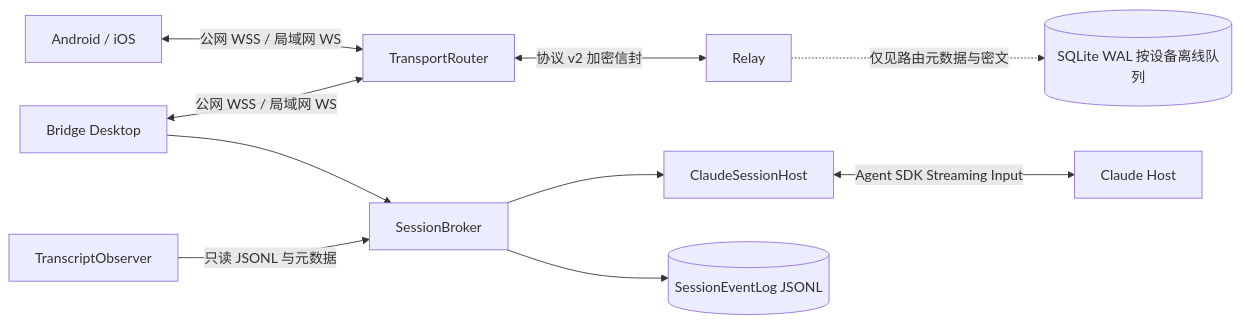
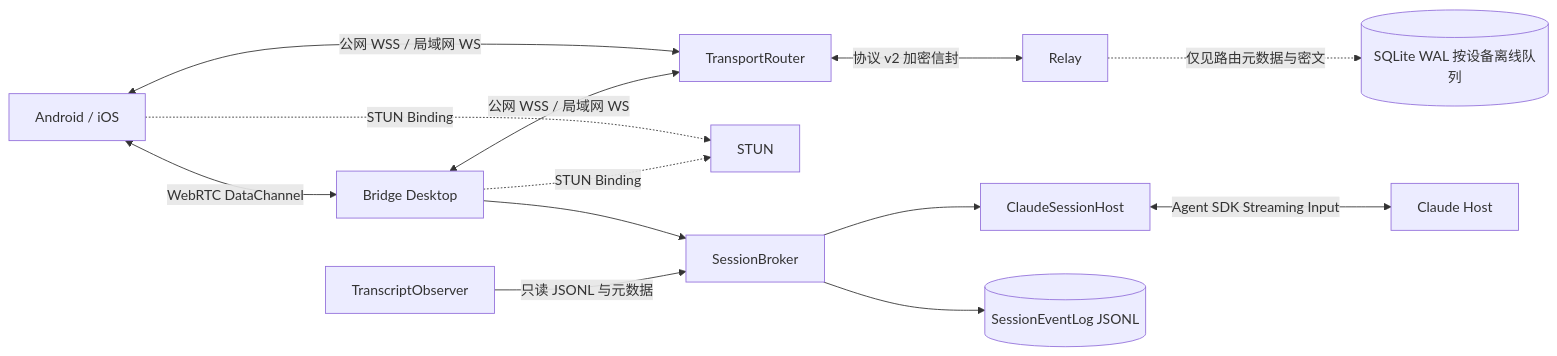
The first of 2 diagrams in docs/ARCHITECTURE.md (czhmartinez/claude-desktop-bridge), drawn with Mermaid before and after one commit. The commit also changed other lines of this file and 31 other files, not shown here.

Commit message:
feat: add WebRTC direct transport

````diff
--- a/docs/ARCHITECTURE.md
+++ b/docs/ARCHITECTURE.md
@@ -8,12 +8,15 @@
 ```mermaid
 flowchart LR
-  M["Android / iOS"] <-->|"公网 WSS / 局域网 WS"| T["TransportRouter"]
-  D["Bridge Desktop"] <-->|"公网 WSS / 局域网 WS"| T
+  M["Android / iOS"] <-->|"WebRTC DataChannel"| D["Bridge Desktop"]
+  M <-->|"公网 WSS / 局域网 WS"| T["TransportRouter"]
+  D <-->|"公网 WSS / 局域网 WS"| T
   T <-->|"协议 v2 加密信封"| R["Relay"]
+  M -.->|"STUN Binding"| S["STUN"]
+  D -.->|"STUN Binding"| S
   D --> B["SessionBroker"]
   B --> H["ClaudeSessionHost"]
   H <-->|"Agent SDK Streaming Input"| C["Claude Host"]
   O["TranscriptObserver"] -->|"只读 JSONL 与元数据"| B
   B --> E[("SessionEventLog JSONL")]
   R -. "仅见路由元数据与密文" .-> Q[("SQLite WAL 按设备离线队列")]
 ```
````
